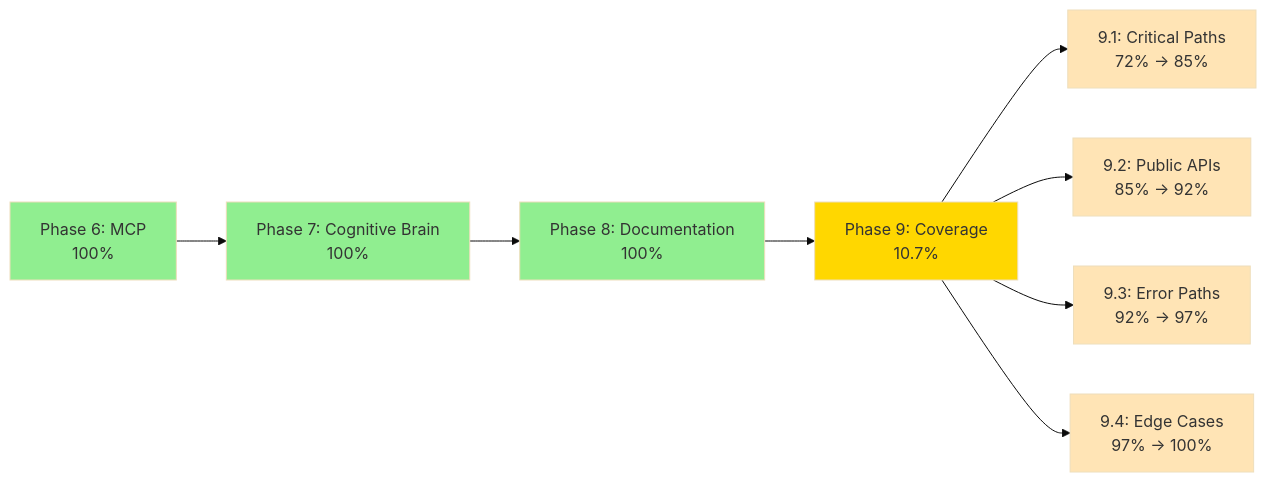
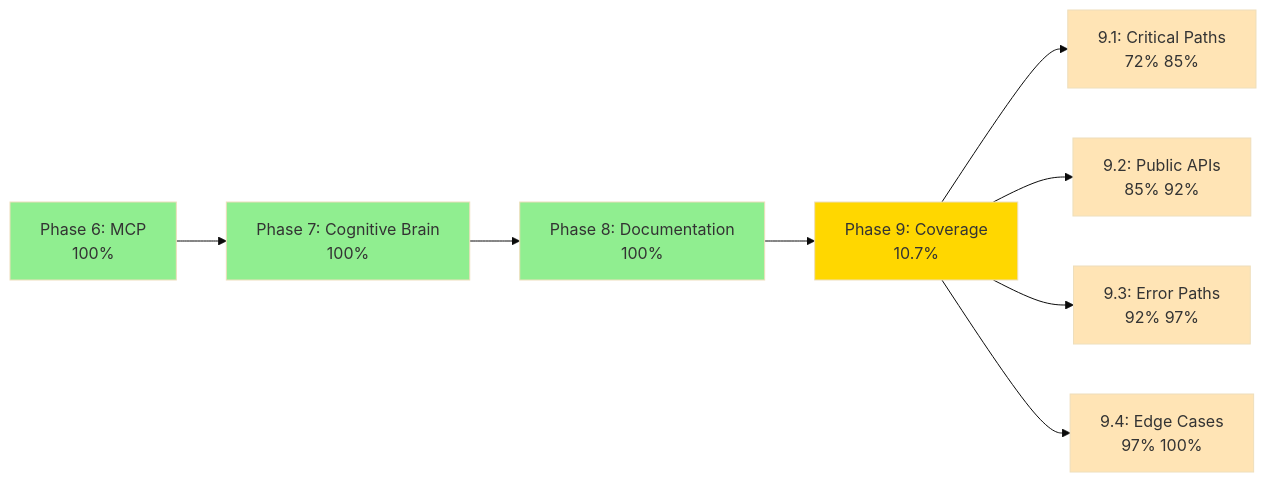
One commit to Aries-Serpent/_codex_ changed the first of 4 diagrams in docs/maintenance/DIAGRAM_UPDATE_SYSTEM.md. Above: the diagram before and after it, drawn with Mermaid (base theme). The commit also changed other lines of this file and 4117 other files, not shown here.

````diff
--- a/docs/maintenance/DIAGRAM_UPDATE_SYSTEM.md
+++ b/docs/maintenance/DIAGRAM_UPDATE_SYSTEM.md
@@ -68,21 +68,28 @@
 ```mermaid
 %%{init: {'accessibility': {'title': 'Flowchart showing Phase 6: MCP<br/>100% , Phase 7: Cognitive Brain<br/>100% '}}%%
+
 graph LR
-    P6[Phase 6: MCP<br/>100% ] --> P7[Phase 7: Cognitive Brain<br/>100% ]
-    P7 --> P8[Phase 8: Documentation<br/>100% ]
-    P8 --> P9[Phase 9: Coverage<br/>10.7% ]
 
-    P9 --> P91[9.1: Critical Paths<br/>72% → 85%]
-    P9 --> P92[9.2: Public APIs<br/>85% → 92%]
-    P9 --> P93[9.3: Error Paths<br/>92% → 97%]
-    P9 --> P94[9.4: Edge Cases<br/>97% → 100%]
+ P6[Phase 6: MCP<br/>100% ] --> P7[Phase 7: Cognitive Brain<br/>100% ]
 
-    style P6 fill:#90EE90
-    style P7 fill:#90EE90
-    style P8 fill:#90EE90
-    style P9 fill:#FFD700
-    style P91 fill:#FFE4B5
-    style P92 fill:#FFE4B5
-    style P93 fill:#FFE4B5
-    style P94 fill:#FFE4B5
+ P7 --> P8[Phase 8: Documentation<br/>100% ]
+
+ P8 --> P9[Phase 9: Coverage<br/>10.7% ]
+
+ P9 --> P91[9.1: Critical Paths<br/>72% 85%]
+
+ P9 --> P92[9.2: Public APIs<br/>85% 92%]
+
+ P9 --> P93[9.3: Error Paths<br/>92% 97%]
+
+ P9 --> P94[9.4: Edge Cases<br/>97% 100%]
+
+ style P6 fill:#90EE90
+ style P7 fill:#90EE90
+ style P8 fill:#90EE90
+ style P9 fill:#FFD700
+ style P91 fill:#FFE4B5
+ style P92 fill:#FFE4B5
+ style P93 fill:#FFE4B5
+ style P94 fill:#FFE4B5
 ```
````
